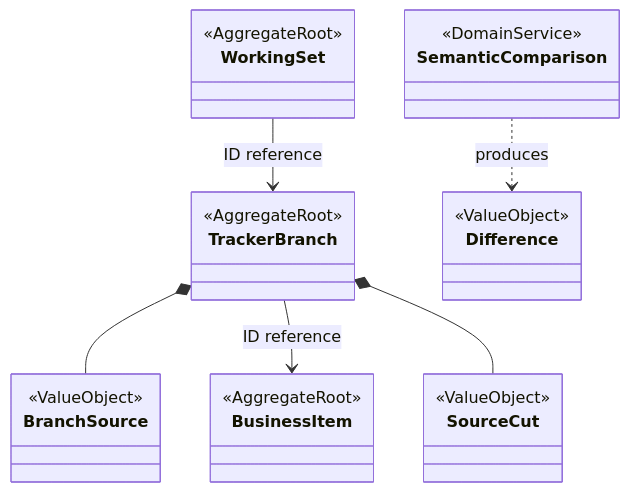
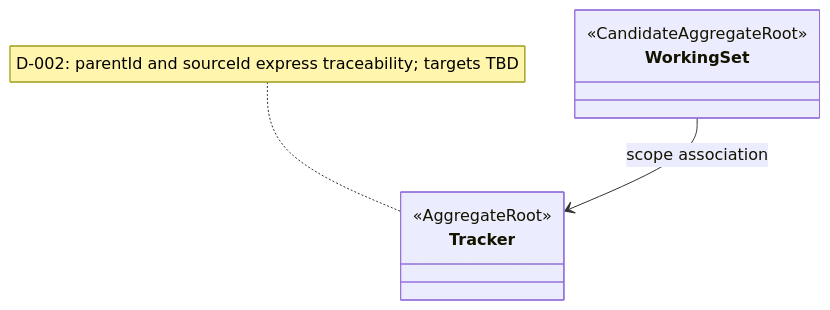
One commit to Greytrack/ddd-workingset changed the third of 8 diagrams in docs/working-set/diagrams/aggregate-candidates.md. Above: the diagram before and after it, drawn with Mermaid. The commit also changed other lines of this file and 19 other files, not shown here.

````diff
--- a/docs/working-set/diagrams/aggregate-candidates.md
+++ b/docs/working-set/diagrams/aggregate-candidates.md
@@ -60,29 +64,11 @@
 ```mermaid
 classDiagram
-    class TrackerBranch {
+    class Tracker {
         <<AggregateRoot>>
     }
-    class BranchSource {
-        <<ValueObject>>
+    class WorkingSet {
+        <<CandidateAggregateRoot>>
     }
-    class WorkingSet {
-        <<AggregateRoot>>
-    }
-    class BusinessItem {
-        <<AggregateRoot>>
-    }
-    class SourceCut {
-        <<ValueObject>>
-    }
-    class Difference {
-        <<ValueObject>>
-    }
-    class SemanticComparison {
-        <<DomainService>>
-    }
-    TrackerBranch *-- BranchSource
-    WorkingSet --> TrackerBranch : ID reference
-    TrackerBranch --> BusinessItem : ID reference
-    TrackerBranch *-- SourceCut
-    SemanticComparison ..> Difference : produces
+    WorkingSet --> Tracker : scope association
+    note for Tracker "D-002: parentId and sourceId express traceability; targets TBD"
 ```
````
